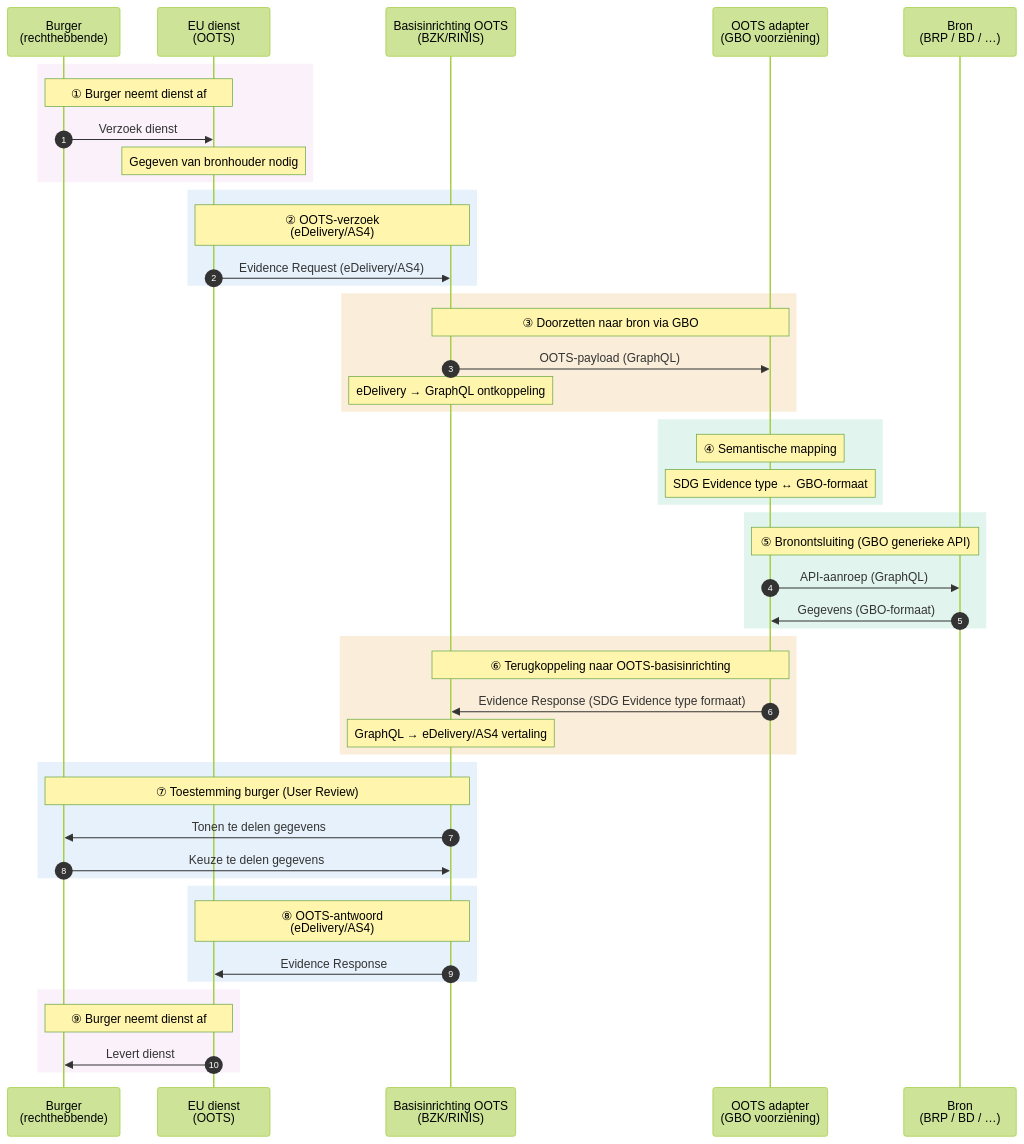
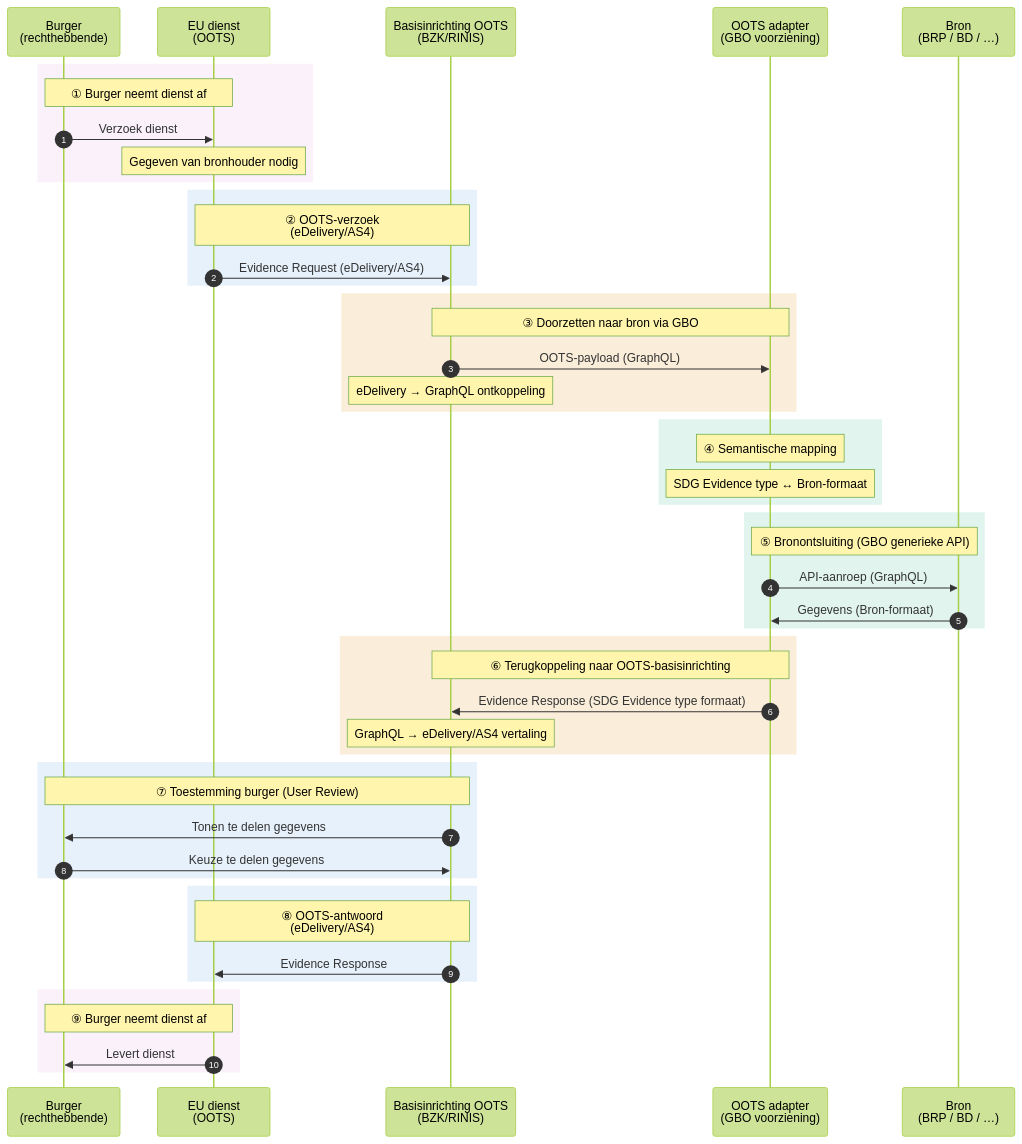
One commit to ICTU/GBO-GO changed the diagram in main/diagrammen/interactiepatroon-OOTS-verzoek.mmd. Above: the diagram before and after it, drawn with Mermaid (forest theme). The commit also changed 5 other files, not shown here.

```diff
--- a/main/diagrammen/interactiepatroon-OOTS-verzoek.mmd
+++ b/main/diagrammen/interactiepatroon-OOTS-verzoek.mmd
@@ -1,57 +1,57 @@
 sequenceDiagram
     autonumber
     participant BRG as Burger<br/>(rechthebbende)
     participant EU as EU dienst<br/>(OOTS)
     participant RINIS as Basisinrichting OOTS<br />(BZK/RINIS)
     participant GBO as OOTS adapter<br/>(GBO voorziening)
     participant BRH as Bron<br/>(BRP / BD / …)
 
     rect rgb(250, 241, 251)
         Note over BRG,EU: ① Burger neemt dienst af
         BRG->>EU: Verzoek dienst
         Note over EU: Gegeven van bronhouder nodig
     end
 
     rect rgb(230, 241, 251)
         Note over EU,RINIS: ② OOTS-verzoek<br />(eDelivery/AS4)
         EU->>RINIS: Evidence Request (eDelivery/AS4)
     end
 
     rect rgb(250, 238, 218)
         Note over RINIS,GBO: ③ Doorzetten naar bron via GBO
         RINIS->>GBO: OOTS-payload (GraphQL)
         Note over RINIS: eDelivery → GraphQL ontkoppeling
     end
 
     rect rgb(225, 245, 238)
         Note over GBO: ④ Semantische mapping
-        Note over GBO: SDG Evidence type ↔ GBO-formaat
+        Note over GBO: SDG Evidence type ↔ Bron-formaat
     end
 
     rect rgb(225, 245, 238)
         Note over GBO,BRH: ⑤ Bronontsluiting (GBO generieke API)
         GBO->>BRH: API-aanroep (GraphQL)
-        BRH->>GBO: Gegevens (GBO-formaat)
+        BRH->>GBO: Gegevens (Bron-formaat)
     end
 
     rect rgb(250, 238, 218)
         Note over GBO,RINIS: ⑥ Terugkoppeling naar OOTS-basisinrichting
         GBO->>RINIS: Evidence Response (SDG Evidence type formaat)
         Note over RINIS: GraphQL → eDelivery/AS4 vertaling
     end
 
     rect rgb(230, 241, 251)
         Note over RINIS,BRG: ⑦ Toestemming burger (User Review)
         RINIS->>BRG: Tonen te delen gegevens
         BRG->>RINIS: Keuze te delen gegevens
     end
 
     rect rgb(230, 241, 251)
         Note over EU,RINIS: ⑧ OOTS-antwoord<br />(eDelivery/AS4)
         RINIS->>EU: Evidence Response
     end
 
     rect rgb(250, 241, 251)
         Note over BRG,EU: ⑨ Burger neemt dienst af
         EU->>BRG: Levert dienst
     end
```
